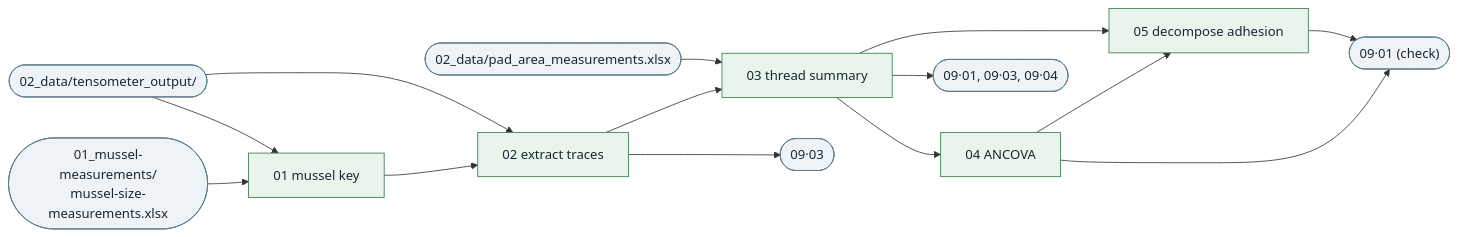
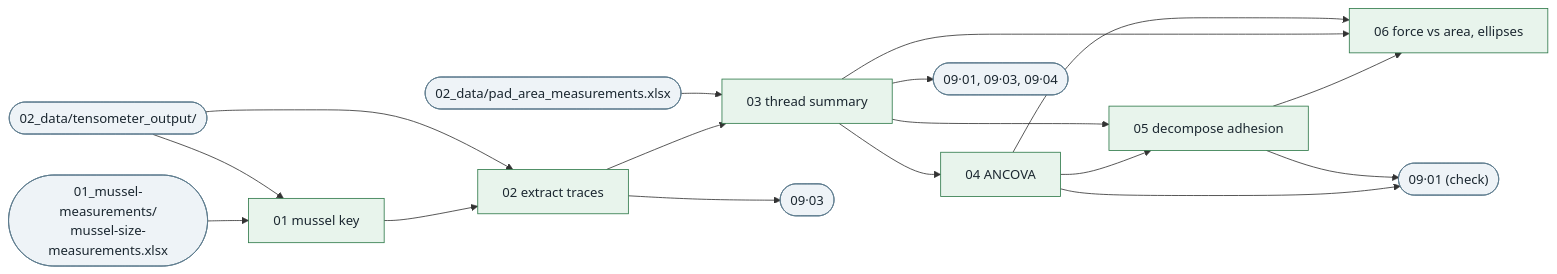
The second of 9 diagrams in README.md (mattgeorgephd/PSMFC-mytilus-byssus-pilot), drawn with Mermaid before and after one commit. The commit also changed other lines of this file and 22 other files, not shown here.

````diff
--- a/README.md
+++ b/README.md
@@ -208,20 +208,23 @@
 ```mermaid
 flowchart LR
   meas(["01_mussel-measurements/<br>mussel-size-measurements.xlsx"])
   tens(["02_data/tensometer_output/"])
   pad(["02_data/pad_area_measurements.xlsx"])
   t1["01 mussel key"] --> t2["02 extract traces"] --> t3["03 thread summary"] --> t4["04 ANCOVA"] --> t5["05 decompose adhesion"]
   t3 --> t5
+  t5 --> t6["06 force vs area, ellipses"]
+  t3 --> t6
+  t4 --> t6
   meas --> t1
   tens --> t1
   tens --> t2
   pad --> t3
   t3 --> o9(["09·01, 09·03, 09·04"])
   t2 --> o93(["09·03"])
   t4 --> o91(["09·01 (check)"])
   t5 --> o91
   classDef ext fill:#eef3f7,stroke:#5b7a8c,color:#1b2730
   classDef run fill:#e8f4ec,stroke:#2f7a4a,color:#1b2730
   class meas,tens,pad,o9,o93,o91 ext
-  class t1,t2,t3,t4,t5 run
+  class t1,t2,t3,t4,t5,t6 run
 ```
````
